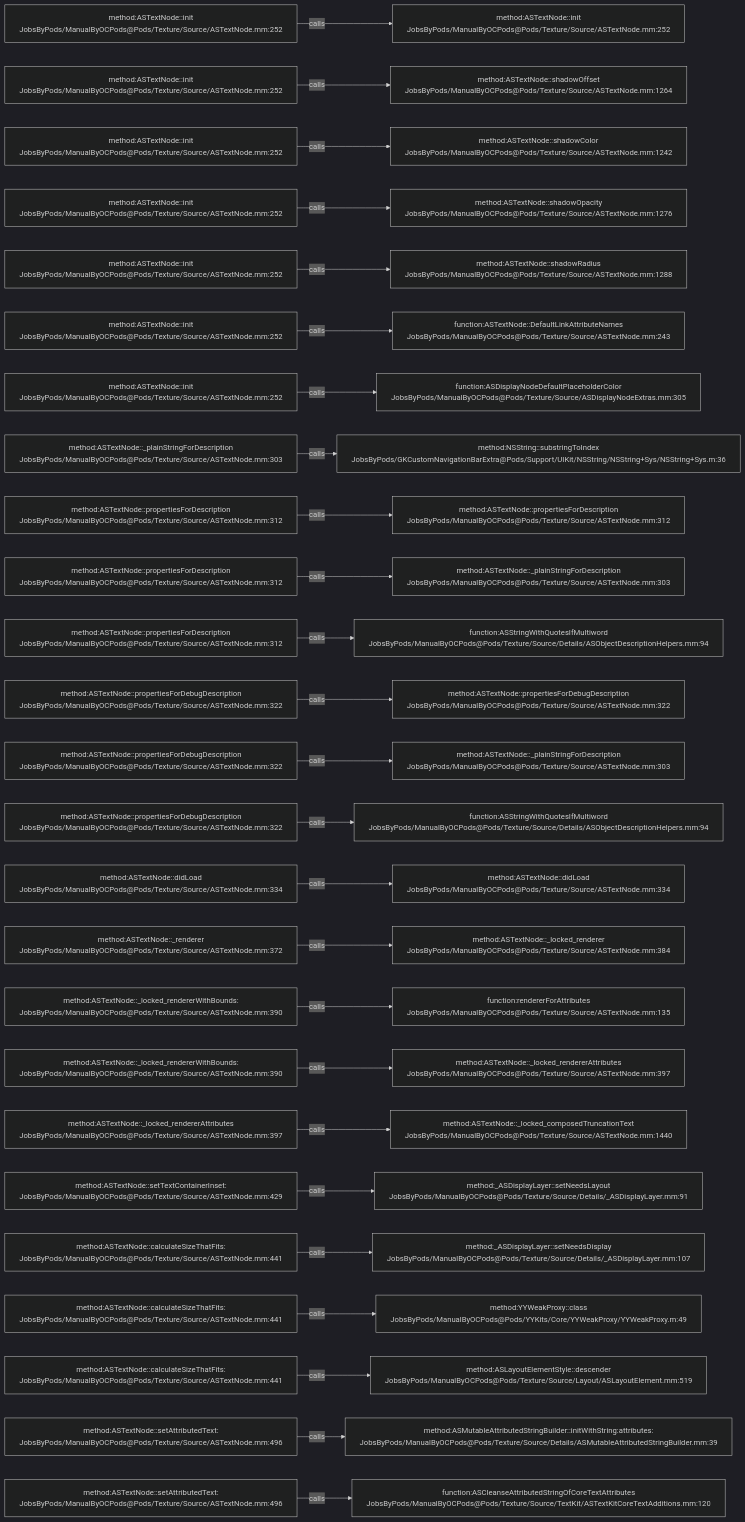
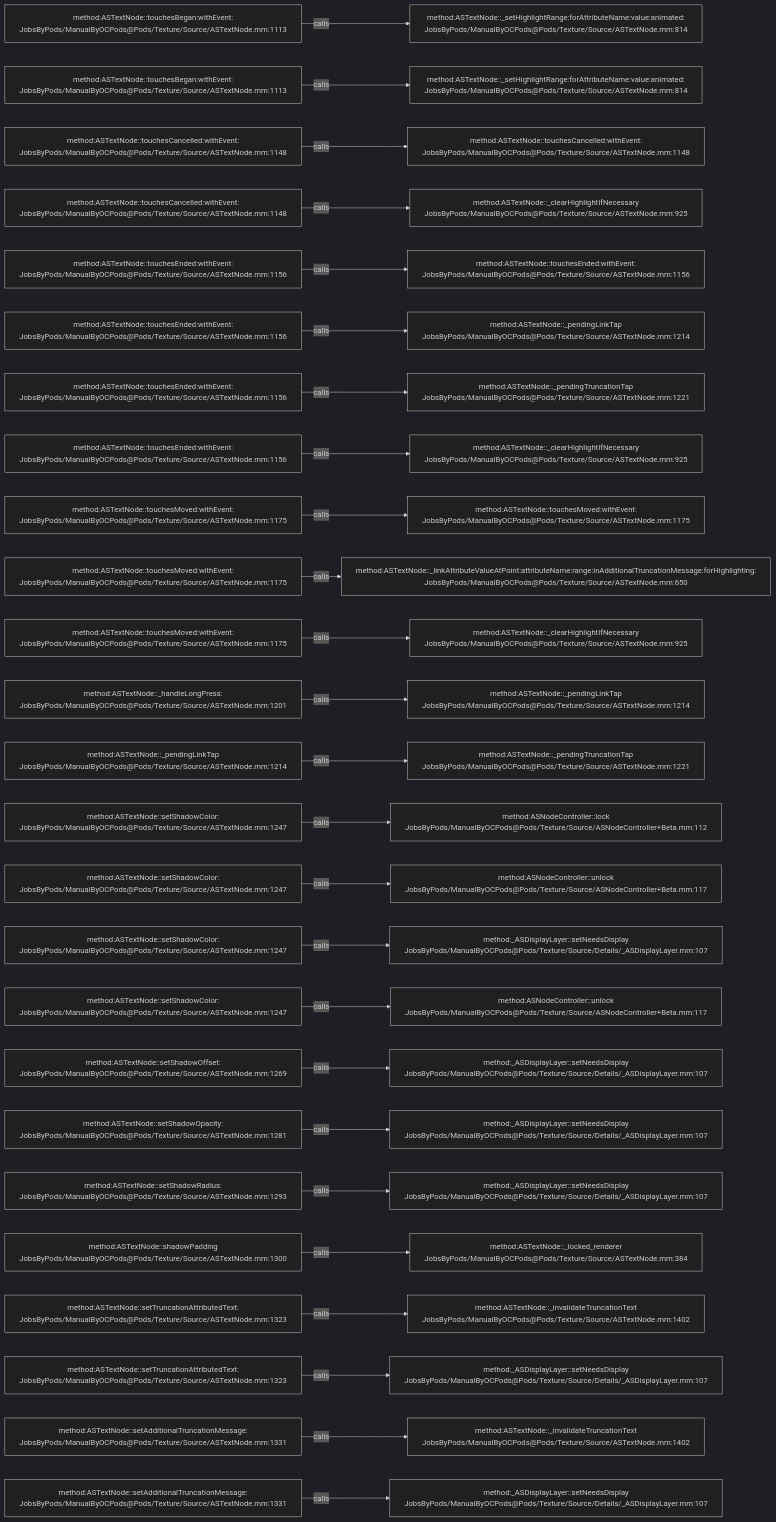
One commit to JobsKits/JobsOCBaseConfigDemo changed the diagram in .codegraph/codegraph.md/graphs/calls-135.md. Above: the diagram before and after it, drawn with Mermaid (dark theme). The commit also changed 1353 other files, not shown here.

````diff
--- a/.codegraph/codegraph.md/graphs/calls-135.md
+++ b/.codegraph/codegraph.md/graphs/calls-135.md
@@ -13,78 +13,78 @@
 ```mermaid
 flowchart LR
-  S1["method:ASTextNode::init<br/>JobsByPods/ManualByOCPods@Pods/Texture/Source/ASTextNode.mm:252"]
-  T1["method:ASTextNode::init<br/>JobsByPods/ManualByOCPods@Pods/Texture/Source/ASTextNode.mm:252"]
+  S1["method:ASTextNode::touchesBegan:withEvent:<br/>JobsByPods/ManualByOCPods@Pods/Texture/Source/ASTextNode.mm:1113"]
+  T1["method:ASTextNode::_setHighlightRange:forAttributeName:value:animated:<br/>JobsByPods/ManualByOCPods@Pods/Texture/Source/ASTextNode.mm:814"]
   S1 -->|calls| T1
-  S2["method:ASTextNode::init<br/>JobsByPods/ManualByOCPods@Pods/Texture/Source/ASTextNode.mm:252"]
-  T2["method:ASTextNode::shadowOffset<br/>JobsByPods/ManualByOCPods@Pods/Texture/Source/ASTextNode.mm:1264"]
+  S2["method:ASTextNode::touchesBegan:withEvent:<br/>JobsByPods/ManualByOCPods@Pods/Texture/Source/ASTextNode.mm:1113"]
+  T2["method:ASTextNode::_setHighlightRange:forAttributeName:value:animated:<br/>JobsByPods/ManualByOCPods@Pods/Texture/Source/ASTextNode.mm:814"]
   S2 -->|calls| T2
-  S3["method:ASTextNode::init<br/>JobsByPods/ManualByOCPods@Pods/Texture/Source/ASTextNode.mm:252"]
-  T3["method:ASTextNode::shadowColor<br/>JobsByPods/ManualByOCPods@Pods/Texture/Source/ASTextNode.mm:1242"]
+  S3["method:ASTextNode::touchesCancelled:withEvent:<br/>JobsByPods/ManualByOCPods@Pods/Texture/Source/ASTextNode.mm:1148"]
+  T3["method:ASTextNode::touchesCancelled:withEvent:<br/>JobsByPods/ManualByOCPods@Pods/Texture/Source/ASTextNode.mm:1148"]
   S3 -->|calls| T3
-  S4["method:ASTextNode::init<br/>JobsByPods/ManualByOCPods@Pods/Texture/Source/ASTextNode.mm:252"]
-  T4["method:ASTextNode::shadowOpacity<br/>JobsByPods/ManualByOCPods@Pods/Texture/Source/ASTextNode.mm:1276"]
+  S4["method:ASTextNode::touchesCancelled:withEvent:<br/>JobsByPods/ManualByOCPods@Pods/Texture/Source/ASTextNode.mm:1148"]
+  T4["method:ASTextNode::_clearHighlightIfNecessary<br/>JobsByPods/ManualByOCPods@Pods/Texture/Source/ASTextNode.mm:925"]
   S4 -->|calls| T4
-  S5["method:ASTextNode::init<br/>JobsByPods/ManualByOCPods@Pods/Texture/Source/ASTextNode.mm:252"]
-  T5["method:ASTextNode::shadowRadius<br/>JobsByPods/ManualByOCPods@Pods/Texture/Source/ASTextNode.mm:1288"]
+  S5["method:ASTextNode::touchesEnded:withEvent:<br/>JobsByPods/ManualByOCPods@Pods/Texture/Source/ASTextNode.mm:1156"]
+  T5["method:ASTextNode::touchesEnded:withEvent:<br/>JobsByPods/ManualByOCPods@Pods/Texture/Source/ASTextNode.mm:1156"]
   S5 -->|calls| T5
-  S6["method:ASTextNode::init<br/>JobsByPods/ManualByOCPods@Pods/Texture/Source/ASTextNode.mm:252"]
-  T6["function:ASTextNode::DefaultLinkAttributeNames<br/>JobsByPods/ManualByOCPods@Pods/Texture/Source/ASTextNode.mm:243"]
+  S6["method:ASTextNode::touchesEnded:withEvent:<br/>JobsByPods/ManualByOCPods@Pods/Texture/Source/ASTextNode.mm:1156"]
+  T6["method:ASTextNode::_pendingLinkTap<br/>JobsByPods/ManualByOCPods@Pods/Texture/Source/ASTextNode.mm:1214"]
   S6 -->|calls| T6
-  S7["method:ASTextNode::init<br/>JobsByPods/ManualByOCPods@Pods/Texture/Source/ASTextNode.mm:252"]
-  T7["function:ASDisplayNodeDefaultPlaceholderColor<br/>JobsByPods/ManualByOCPods@Pods/Texture/Source/ASDisplayNodeExtras.mm:305"]
+  S7["method:ASTextNode::touchesEnded:withEvent:<br/>JobsByPods/ManualByOCPods@Pods/Texture/Source/ASTextNode.mm:1156"]
+  T7["method:ASTextNode::_pendingTruncationTap<br/>JobsByPods/ManualByOCPods@Pods/Texture/Source/ASTextNode.mm:1221"]
   S7 -->|calls| T7
-  S8["method:ASTextNode::_plainStringForDescription<br/>JobsByPods/ManualByOCPods@Pods/Texture/Source/ASTextNode.mm:303"]
-  T8["method:NSString::substringToIndex<br/>JobsByPods/GKCustomNavigationBarExtra@Pods/Support/UIKit/NSString/NSString+Sys/NSString+Sys.m:36"]
+  S8["method:ASTextNode::touchesEnded:withEvent:<br/>JobsByPods/ManualByOCPods@Pods/Texture/Source/ASTextNode.mm:1156"]
+  T8["method:ASTextNode::_clearHighlightIfNecessary<br/>JobsByPods/ManualByOCPods@Pods/Texture/Source/ASTextNode.mm:925"]
   S8 -->|calls| T8
-  S9["method:ASTextNode::propertiesForDescription<br/>JobsByPods/ManualByOCPods@Pods/Texture/Source/ASTextNode.mm:312"]
-  T9["method:ASTextNode::propertiesForDescription<br/>JobsByPods/ManualByOCPods@Pods/Texture/Source/ASTextNode.mm:312"]
+  S9["method:ASTextNode::touchesMoved:withEvent:<br/>JobsByPods/ManualByOCPods@Pods/Texture/Source/ASTextNode.mm:1175"]
+  T9["method:ASTextNode::touchesMoved:withEvent:<br/>JobsByPods/ManualByOCPods@Pods/Texture/Source/ASTextNode.mm:1175"]
   S9 -->|calls| T9
-  S10["method:ASTextNode::propertiesForDescription<br/>JobsByPods/ManualByOCPods@Pods/Texture/Source/ASTextNode.mm:312"]
-  T10["method:ASTextNode::_plainStringForDescription<br/>JobsByPods/ManualByOCPods@Pods/Texture/Source/ASTextNode.mm:303"]
+  S10["method:ASTextNode::touchesMoved:withEvent:<br/>JobsByPods/ManualByOCPods@Pods/Texture/Source/ASTextNode.mm:1175"]
+  T10["method:ASTextNode::_linkAttributeValueAtPoint:attributeName:range:inAdditionalTruncationMessage:forHighlighting:<br/>JobsByPods/ManualByOCPods@Pods/Texture/Source/ASTextNode.mm:650"]
   S10 -->|calls| T10
-  S11["method:ASTextNode::propertiesForDescription<br/>JobsByPods/ManualByOCPods@Pods/Texture/Source/ASTextNode.mm:312"]
-  T11["function:ASStringWithQuotesIfMultiword<br/>JobsByPods/ManualByOCPods@Pods/Texture/Source/Details/ASObjectDescriptionHelpers.mm:94"]
+  S11["method:ASTextNode::touchesMoved:withEvent:<br/>JobsByPods/ManualByOCPods@Pods/Texture/Source/ASTextNode.mm:1175"]
+  T11["method:ASTextNode::_clearHighlightIfNecessary<br/>JobsByPods/ManualByOCPods@Pods/Texture/Source/ASTextNode.mm:925"]
   S11 -->|calls| T11
-  S12["method:ASTextNode::propertiesForDebugDescription<br/>JobsByPods/ManualByOCPods@Pods/Texture/Source/ASTextNode.mm:322"]
-  T12["method:ASTextNode::propertiesForDebugDescription<br/>JobsByPods/ManualByOCPods@Pods/Texture/Source/ASTextNode.mm:322"]
+  S12["method:ASTextNode::_handleLongPress:<br/>JobsByPods/ManualByOCPods@Pods/Texture/Source/ASTextNode.mm:1201"]
+  T12["method:ASTextNode::_pendingLinkTap<br/>JobsByPods/ManualByOCPods@Pods/Texture/Source/ASTextNode.mm:1214"]
   S12 -->|calls| T12
-  S13["method:ASTextNode::propertiesForDebugDescription<br/>JobsByPods/ManualByOCPods@Pods/Texture/Source/ASTextNode.mm:322"]
-  T13["method:ASTextNode::_plainStringForDescription<br/>JobsByPods/ManualByOCPods@Pods/Texture/Source/ASTextNode.mm:303"]
+  S13["method:ASTextNode::_pendingLinkTap<br/>JobsByPods/ManualByOCPods@Pods/Texture/Source/ASTextNode.mm:1214"]
+  T13["method:ASTextNode::_pendingTruncationTap<br/>JobsByPods/ManualByOCPods@Pods/Texture/Source/ASTextNode.mm:1221"]
   S13 -->|calls| T13
-  S14["method:ASTextNode::propertiesForDebugDescription<br/>JobsByPods/ManualByOCPods@Pods/Texture/Source/ASTextNode.mm:322"]
-  T14["function:ASStringWithQuotesIfMultiword<br/>JobsByPods/ManualByOCPods@Pods/Texture/Source/Details/ASObjectDescriptionHelpers.mm:94"]
+  S14["method:ASTextNode::setShadowColor:<br/>JobsByPods/ManualByOCPods@Pods/Texture/Source/ASTextNode.mm:1247"]
+  T14["method:ASNodeController::lock<br/>JobsByPods/ManualByOCPods@Pods/Texture/Source/ASNodeController+Beta.mm:112"]
   S14 -->|calls| T14
-  S15["method:ASTextNode::didLoad<br/>JobsByPods/ManualByOCPods@Pods/Texture/Source/ASTextNode.mm:334"]
-  T15["method:ASTextNode::didLoad<br/>JobsByPods/ManualByOCPods@Pods/Texture/Source/ASTextNode.mm:334"]
+  S15["method:ASTextNode::setShadowColor:<br/>JobsByPods/ManualByOCPods@Pods/Texture/Source/ASTextNode.mm:1247"]
+  T15["method:ASNodeController::unlock<br/>JobsByPods/ManualByOCPods@Pods/Texture/Source/ASNodeController+Beta.mm:117"]
   S15 -->|calls| T15
-  S16["method:ASTextNode::_renderer<br/>JobsByPods/ManualByOCPods@Pods/Texture/Source/ASTextNode.mm:372"]
-  T16["method:ASTextNode::_locked_renderer<br/>JobsByPods/ManualByOCPods@Pods/Texture/Source/ASTextNode.mm:384"]
+  S16["method:ASTextNode::setShadowColor:<br/>JobsByPods/ManualByOCPods@Pods/Texture/Source/ASTextNode.mm:1247"]
+  T16["method:_ASDisplayLayer::setNeedsDisplay<br/>JobsByPods/ManualByOCPods@Pods/Texture/Source/Details/_ASDisplayLayer.mm:107"]
   S16 -->|calls| T16
-  S17["method:ASTextNode::_locked_rendererWithBounds:<br/>JobsByPods/ManualByOCPods@Pods/Texture/Source/ASTextNode.mm:390"]
-  T17["function:rendererForAttributes<br/>JobsByPods/ManualByOCPods@Pods/Texture/Source/ASTextNode.mm:135"]
+  S17["method:ASTextNode::setShadowColor:<br/>JobsByPods/ManualByOCPods@Pods/Texture/Source/ASTextNode.mm:1247"]
+  T17["method:ASNodeController::unlock<br/>JobsByPods/ManualByOCPods@Pods/Texture/Source/ASNodeController+Beta.mm:117"]
   S17 -->|calls| T17
-  S18["method:ASTextNode::_locked_rendererWithBounds:<br/>JobsByPods/ManualByOCPods@Pods/Texture/Source/ASTextNode.mm:390"]
-  T18["method:ASTextNode::_locked_rendererAttributes<br/>JobsByPods/ManualByOCPods@Pods/Texture/Source/ASTextNode.mm:397"]
+  S18["method:ASTextNode::setShadowOffset:<br/>JobsByPods/ManualByOCPods@Pods/Texture/Source/ASTextNode.mm:1269"]
+  T18["method:_ASDisplayLayer::setNeedsDisplay<br/>JobsByPods/ManualByOCPods@Pods/Texture/Source/Details/_ASDisplayLayer.mm:107"]
   S18 -->|calls| T18
-  S19["method:ASTextNode::_locked_rendererAttributes<br/>JobsByPods/ManualByOCPods@Pods/Texture/Source/ASTextNode.mm:397"]
-  T19["method:ASTextNode::_locked_composedTruncationText<br/>JobsByPods/ManualByOCPods@Pods/Texture/Source/ASTextNode.mm:1440"]
+  S19["method:ASTextNode::setShadowOpacity:<br/>JobsByPods/ManualByOCPods@Pods/Texture/Source/ASTextNode.mm:1281"]
+  T19["method:_ASDisplayLayer::setNeedsDisplay<br/>JobsByPods/ManualByOCPods@Pods/Texture/Source/Details/_ASDisplayLayer.mm:107"]
   S19 -->|calls| T19
-  S20["method:ASTextNode::setTextContainerInset:<br/>JobsByPods/ManualByOCPods@Pods/Texture/Source/ASTextNode.mm:429"]
-  T20["method:_ASDisplayLayer::setNeedsLayout<br/>JobsByPods/ManualByOCPods@Pods/Texture/Source/Details/_ASDisplayLayer.mm:91"]
+  S20["method:ASTextNode::setShadowRadius:<br/>JobsByPods/ManualByOCPods@Pods/Texture/Source/ASTextNode.mm:1293"]
+  T20["method:_ASDisplayLayer::setNeedsDisplay<br/>JobsByPods/ManualByOCPods@Pods/Texture/Source/Details/_ASDisplayLayer.mm:107"]
   S20 -->|calls| T20
-  S21["method:ASTextNode::calculateSizeThatFits:<br/>JobsByPods/ManualByOCPods@Pods/Texture/Source/ASTextNode.mm:441"]
-  T21["method:_ASDisplayLayer::setNeedsDisplay<br/>JobsByPods/ManualByOCPods@Pods/Texture/Source/Details/_ASDisplayLayer.mm:107"]
+  S21["method:ASTextNode::shadowPadding<br/>JobsByPods/ManualByOCPods@Pods/Texture/Source/ASTextNode.mm:1300"]
+  T21["method:ASTextNode::_locked_renderer<br/>JobsByPods/ManualByOCPods@Pods/Texture/Source/ASTextNode.mm:384"]
   S21 -->|calls| T21
-  S22["method:ASTextNode::calculateSizeThatFits:<br/>JobsByPods/ManualByOCPods@Pods/Texture/Source/ASTextNode.mm:441"]
-  T22["method:YYWeakProxy::class<br/>JobsByPods/ManualByOCPods@Pods/YYKits/Core/YYWeakProxy/YYWeakProxy.m:49"]
+  S22["method:ASTextNode::setTruncationAttributedText:<br/>JobsByPods/ManualByOCPods@Pods/Texture/Source/ASTextNode.mm:1323"]
+  T22["method:ASTextNode::_invalidateTruncationText<br/>JobsByPods/ManualByOCPods@Pods/Texture/Source/ASTextNode.mm:1402"]
   S22 -->|calls| T22
-  S23["method:ASTextNode::calculateSizeThatFits:<br/>JobsByPods/ManualByOCPods@Pods/Texture/Source/ASTextNode.mm:441"]
-  T23["method:ASLayoutElementStyle::descender<br/>JobsByPods/ManualByOCPods@Pods/Texture/Source/Layout/ASLayoutElement.mm:519"]
+  S23["method:ASTextNode::setTruncationAttributedText:<br/>JobsByPods/ManualByOCPods@Pods/Texture/Source/ASTextNode.mm:1323"]
+  T23["method:_ASDisplayLayer::setNeedsDisplay<br/>JobsByPods/ManualByOCPods@Pods/Texture/Source/Details/_ASDisplayLayer.mm:107"]
   S23 -->|calls| T23
-  S24["method:ASTextNode::setAttributedText:<br/>JobsByPods/ManualByOCPods@Pods/Texture/Source/ASTextNode.mm:496"]
-  T24["method:ASMutableAttributedStringBuilder::initWithString:attributes:<br/>JobsByPods/ManualByOCPods@Pods/Texture/Source/Details/ASMutableAttributedStringBuilder.mm:39"]
+  S24["method:ASTextNode::setAdditionalTruncationMessage:<br/>JobsByPods/ManualByOCPods@Pods/Texture/Source/ASTextNode.mm:1331"]
+  T24["method:ASTextNode::_invalidateTruncationText<br/>JobsByPods/ManualByOCPods@Pods/Texture/Source/ASTextNode.mm:1402"]
   S24 -->|calls| T24
-  S25["method:ASTextNode::setAttributedText:<br/>JobsByPods/ManualByOCPods@Pods/Texture/Source/ASTextNode.mm:496"]
-  T25["function:ASCleanseAttributedStringOfCoreTextAttributes<br/>JobsByPods/ManualByOCPods@Pods/Texture/Source/TextKit/ASTextKitCoreTextAdditions.mm:120"]
+  S25["method:ASTextNode::setAdditionalTruncationMessage:<br/>JobsByPods/ManualByOCPods@Pods/Texture/Source/ASTextNode.mm:1331"]
+  T25["method:_ASDisplayLayer::setNeedsDisplay<br/>JobsByPods/ManualByOCPods@Pods/Texture/Source/Details/_ASDisplayLayer.mm:107"]
   S25 -->|calls| T25
 ```
````
